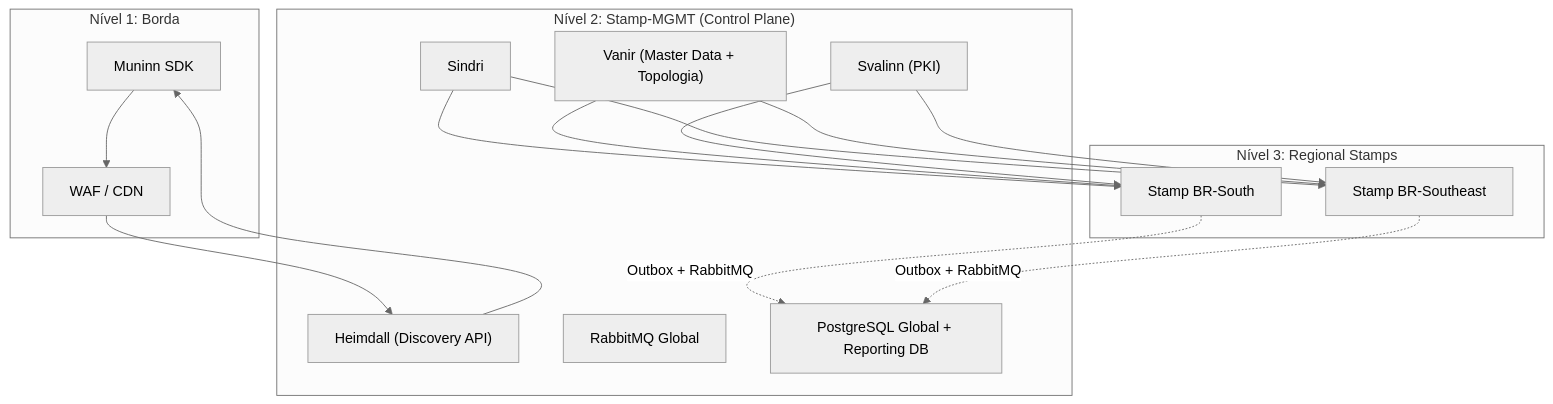
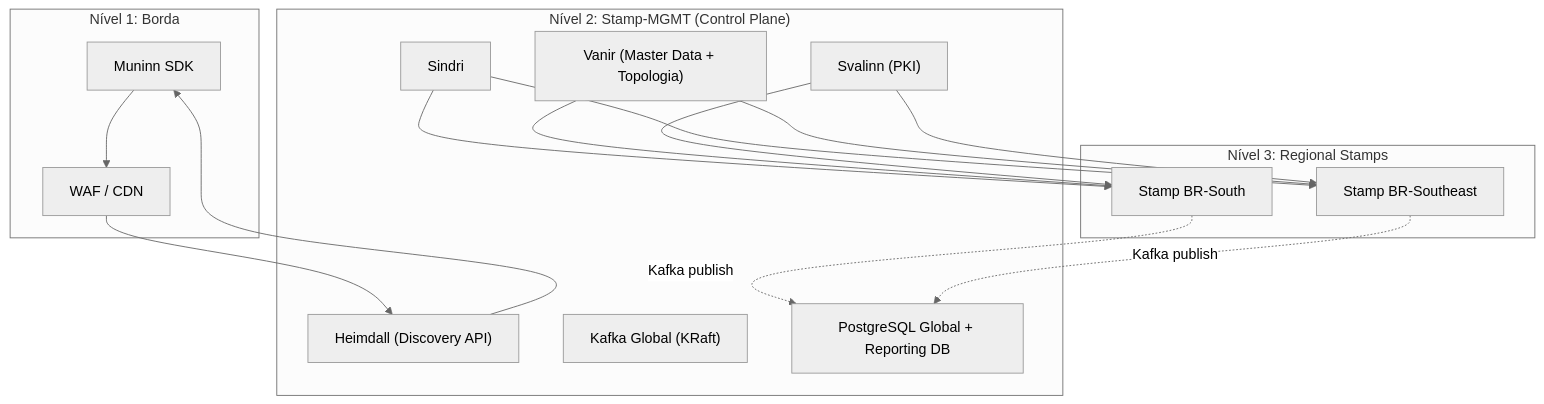
The first of 4 diagrams in ARCHITECTURE-OVERVIEW.md (edercnj/claude-environment), drawn with Mermaid (neutral theme) before and after one commit. The commit also changed other lines of this file, not shown here.

Commit message:
feat: Update architecture to version 6.0.0, replacing RabbitMQ with Apache Kafka (KRaft) and introducing Kafka Fallback while removing the Outbox Pattern.

````diff
--- a/ARCHITECTURE-OVERVIEW.md
+++ b/ARCHITECTURE-OVERVIEW.md
@@ -79,37 +80,37 @@
 ```mermaid
 graph TB
     subgraph Client_Layer ["Nível 1: Borda"]
         SDK["Muninn SDK"]
         WAF["WAF / CDN"]
     end
 
     subgraph Global_CP ["Nível 2: Stamp-MGMT (Control Plane)"]
         Sindri["Sindri"]
         Vanir["Vanir (Master Data + Topologia)"]
         Heimdall["Heimdall (Discovery API)"]
         Svalinn["Svalinn (PKI)"]
-        RMQG["RabbitMQ Global"]
+        KAFKAG["Kafka Global (KRaft)"]
         PGGLOBAL["PostgreSQL Global + Reporting DB"]
     end
 
     subgraph Stamps ["Nível 3: Regional Stamps"]
         StampA["Stamp BR-South"]
         StampB["Stamp BR-Southeast"]
     end
 
     SDK --> WAF
     WAF --> Heimdall
     Heimdall --> SDK
 
     Sindri --> StampA
     Sindri --> StampB
 
     Vanir --> StampA
     Vanir --> StampB
 
     Svalinn --> StampA
     Svalinn --> StampB
 
-    StampA -.->|Outbox + RabbitMQ| PGGLOBAL
-    StampB -.->|Outbox + RabbitMQ| PGGLOBAL
+    StampA -.->|Kafka publish| PGGLOBAL
+    StampB -.->|Kafka publish| PGGLOBAL
 ```
````
